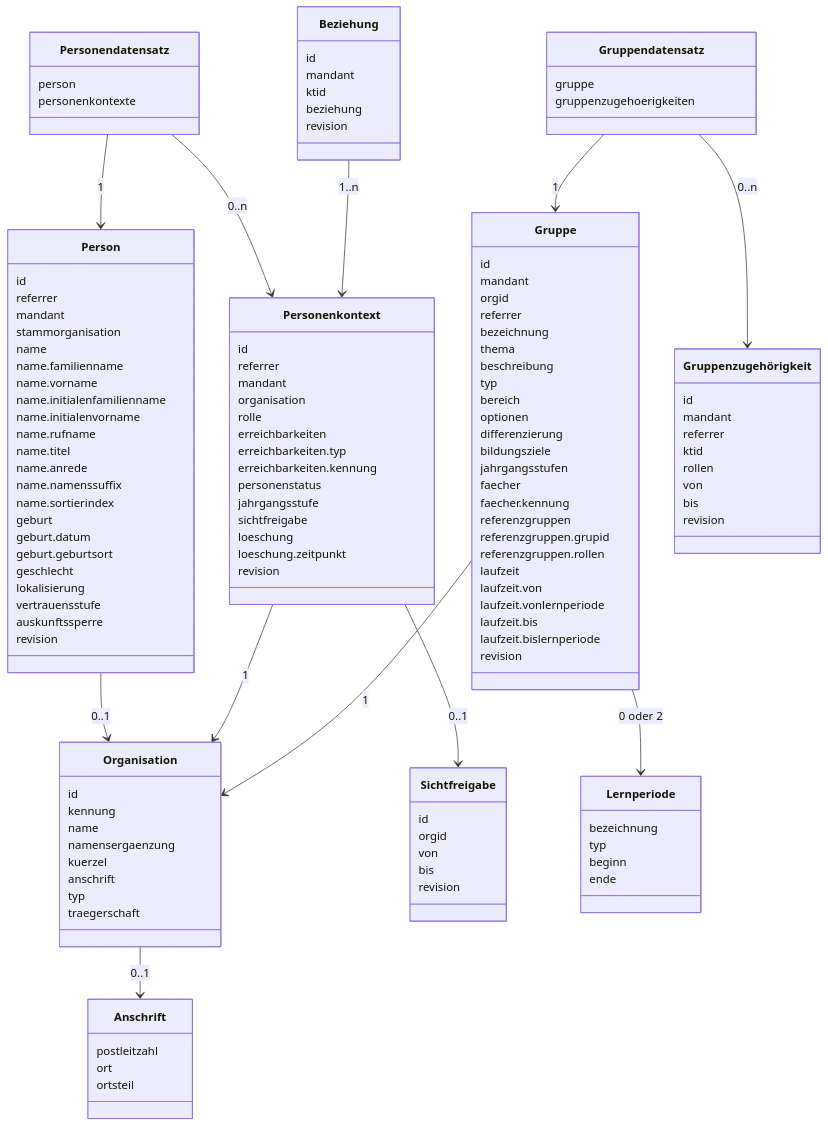
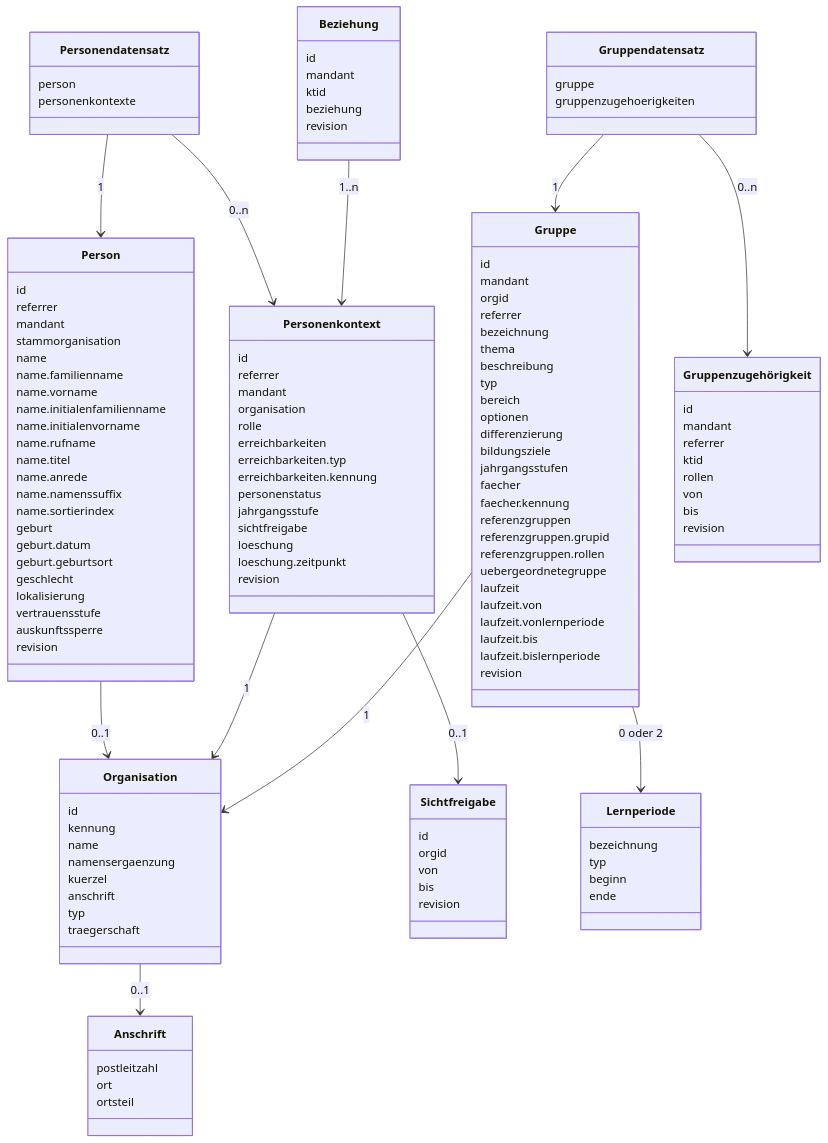
The diagram in docs/datenmodell/datenmodell.md (Schulconnex/Schulconnex), drawn with Mermaid before and after one commit. The commit also changed 4 other files, not shown here.

```diff
--- a/docs/datenmodell/datenmodell.md
+++ b/docs/datenmodell/datenmodell.md
@@ -111,6 +111,7 @@
     referenzgruppen
     referenzgruppen.grupid
     referenzgruppen.rollen
+    uebergeordnetegruppe
     laufzeit
     laufzeit.von
     laufzeit.vonlernperiode
```
